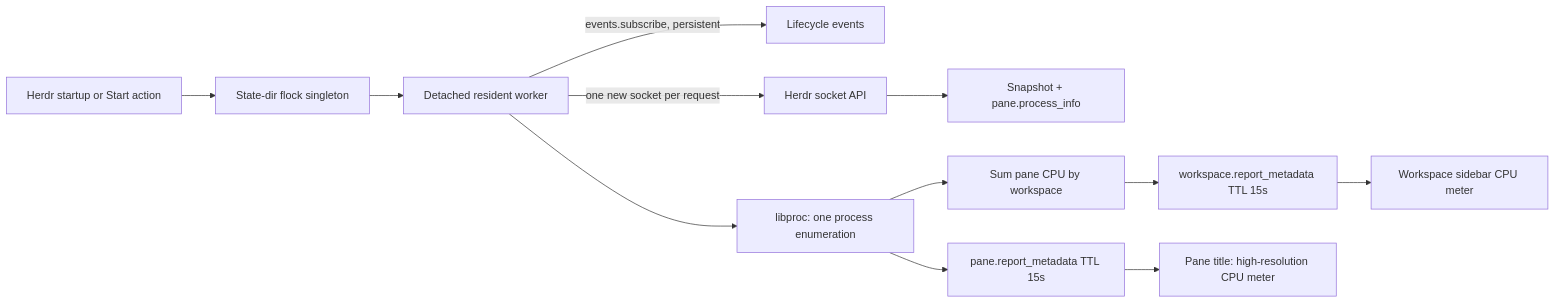
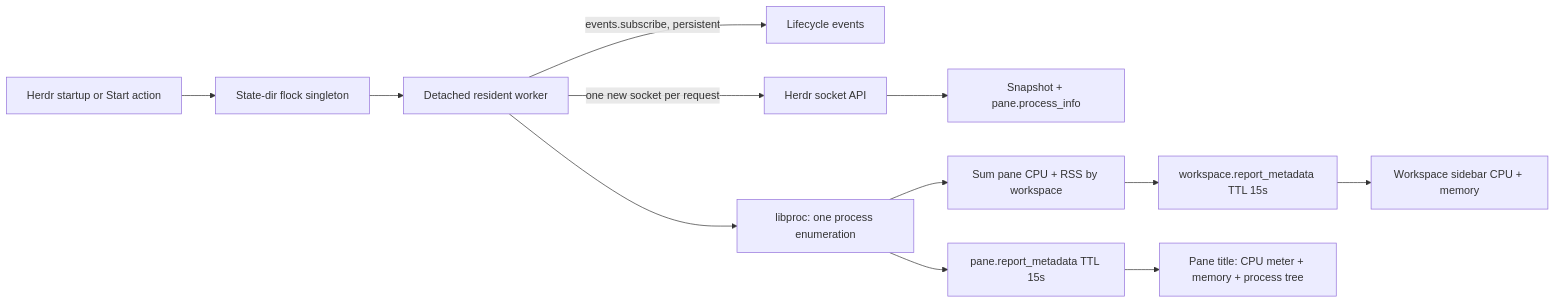
One commit to unphased/vim-config changed the diagram in herdr-plugins/pane-load/README.md. Above: the diagram before and after it, drawn with Mermaid. The commit also changed other lines of this file and 5 other files, not shown here.

Commit message:
feat(herdr): add pane memory monitoring

````diff
--- a/herdr-plugins/pane-load/README.md
+++ b/herdr-plugins/pane-load/README.md
@@ -9,14 +9,14 @@
 ```mermaid
 flowchart LR
   Start[Herdr startup or Start action] --> Lock[State-dir flock singleton]
   Lock --> Worker[Detached resident worker]
   Worker -->|events.subscribe, persistent| Events[Lifecycle events]
   Worker -->|one new socket per request| API[Herdr socket API]
   API --> Snapshot[Snapshot + pane.process_info]
   Worker --> Libproc[libproc: one process enumeration]
   Libproc --> PaneMetadata[pane.report_metadata TTL 15s]
-  Libproc --> Aggregate[Sum pane CPU by workspace]
+  Libproc --> Aggregate[Sum pane CPU + RSS by workspace]
   Aggregate --> WorkspaceMetadata[workspace.report_metadata TTL 15s]
-  PaneMetadata --> Chrome[Pane title: high-resolution CPU meter]
-  WorkspaceMetadata --> Sidebar[Workspace sidebar CPU meter]
+  PaneMetadata --> Chrome[Pane title: CPU meter + memory + process tree]
+  WorkspaceMetadata --> Sidebar[Workspace sidebar CPU + memory]
 ```
````
